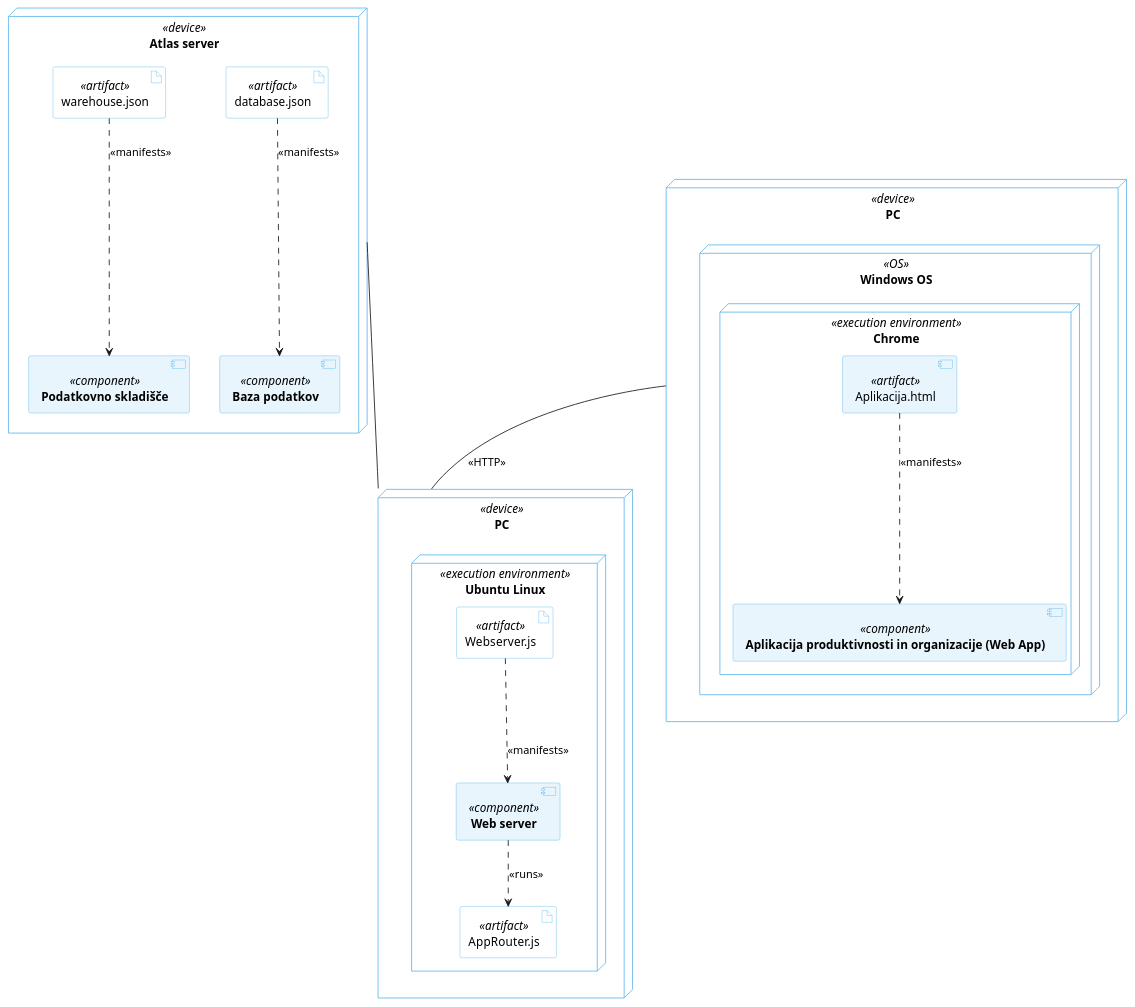
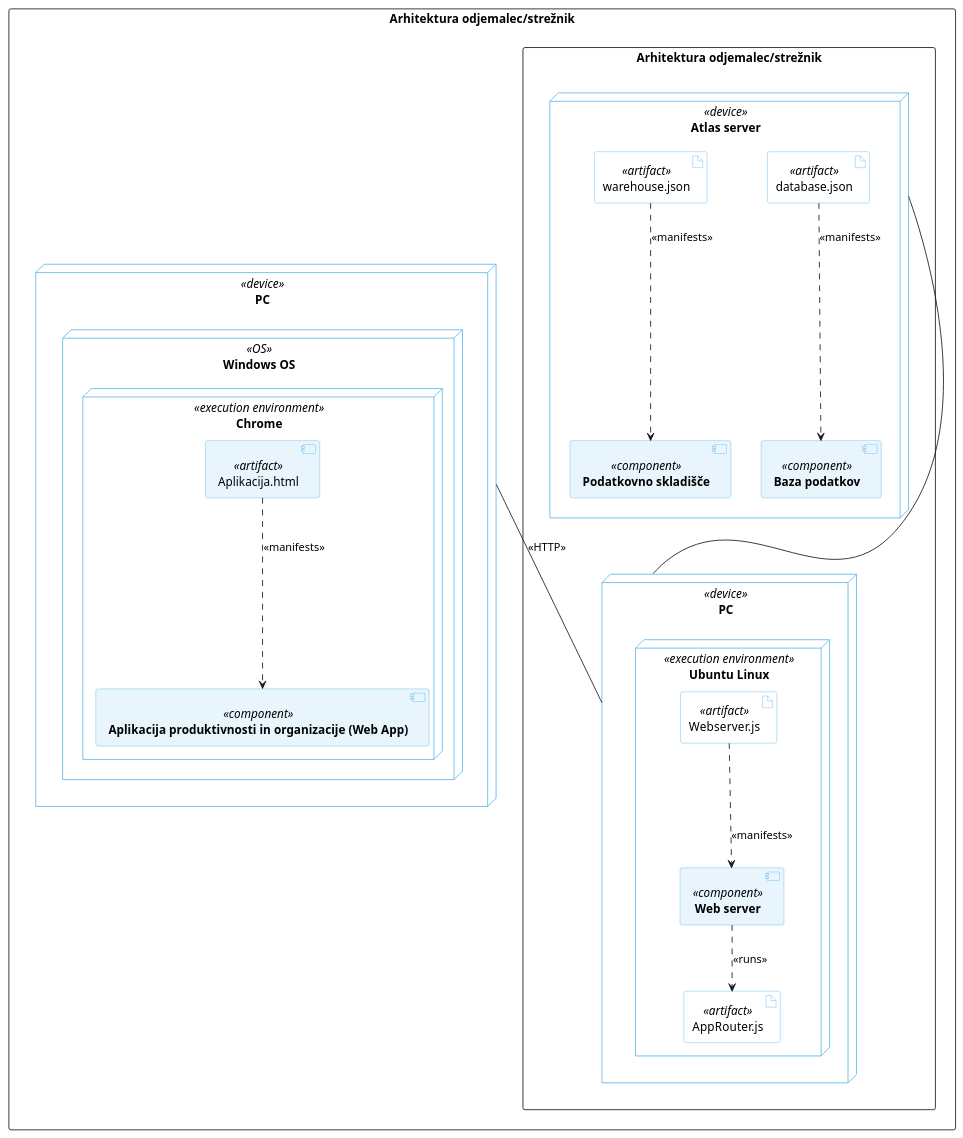
Before and after one commit to juremrzek/ProductivityApp: the diagram in docs/gradivo/plantuml/postavitveni_diagram.puml, drawn with PlantUML.

```diff
--- a/docs/gradivo/plantuml/postavitveni_diagram.puml
+++ b/docs/gradivo/plantuml/postavitveni_diagram.puml
@@ -1,66 +1,68 @@
-@startuml
+@startuml postavitveni_diagram
 skinparam component {
   backgroundcolor #e8f5fd
   bordercolor #5FB8EC
 }
 
 skinparam artifact {
   backgroundcolor white
   bordercolor #5FB8EC
 }
 
 skinparam node {
     bordercolor #5FB8EC
 }
+rectangle "**Arhitektura odjemalec/strežnik**" as CS2{
+    rectangle "**Arhitektura odjemalec/strežnik**" as CS1{
+        node "**PC**" <<device>> as S {
+            node "**Ubuntu Linux**" <<execution environment>>{
+                component "**Web server**" <<component>> as WS1
+                
 
-node "**PC**" <<device>> as S {
-    node "**Ubuntu Linux**" <<execution environment>>{
-        component "**Web server**" <<component>> as WS1
-        
+                artifact "Webserver.js" <<artifact>> as WS2
 
-        artifact "Webserver.js" <<artifact>> as WS2
+                artifact "AppRouter.js" <<artifact>> as WS3   
+            }
+        }
 
-        artifact "AppRouter.js" <<artifact>> as WS3   
+        node "**Atlas server**" <<device>> as AS{
+            component "**Baza podatkov**" <<component>> as B1
+            component "**Podatkovno skladišče**" <<component>> as PS1
+            
+            artifact "database.json" <<artifact>> as B2
+            artifact "warehouse.json" <<artifact>> as PS2
+        }
     }
-}
-
-node "**Atlas server**" <<device>> as AS{
-	component "**Baza podatkov**" <<component>> as B1
-    component "**Podatkovno skladišče**" <<component>> as PS1
-    
-    artifact "database.json" <<artifact>> as B2
-    artifact "warehouse.json" <<artifact>> as PS2
-}
-
-node "**PC**" <<device>> as PC {
-    node "**Windows OS**" <<OS>> {
-        node "**Chrome**" <<execution environment>>{
-            component "**Aplikacija produktivnosti in organizacije (Web App)**" <<component>> as A1
-            component "Aplikacija.html" <<artifact>> as A2
+    node "**PC**" <<device>> as PC {
+        node "**Windows OS**" <<OS>> {
+            node "**Chrome**" <<execution environment>>{
+                component "**Aplikacija produktivnosti in organizacije (Web App)**" <<component>> as A1
+                component "Aplikacija.html" <<artifact>> as A2
+            }
         }
     }
 }
 
 'node "**Google calendar**" <<device>> as GC {
 '    component "**Google calendar API**" <<component>> as GC1
 '}
 
 'WS1 ..> B1 : <<uses>>
 'WS1 ..> PS1 : <<uses>>
 
 WS2 ..> WS1 : <<manifests>>
 B2 ..> B1 : <<manifests>>
 PS2 ..> PS1 : <<manifests>>
 
 WS1 ..> WS3 : <<runs>>
 
 A2 ..> A1 : <<manifests>>
 
 PC -- S : <<HTTP>>
 'S -- GC
 
 ''WS1 ..> GC1 : <<uses>>
 
 
 AS --- S
 @enduml
```
